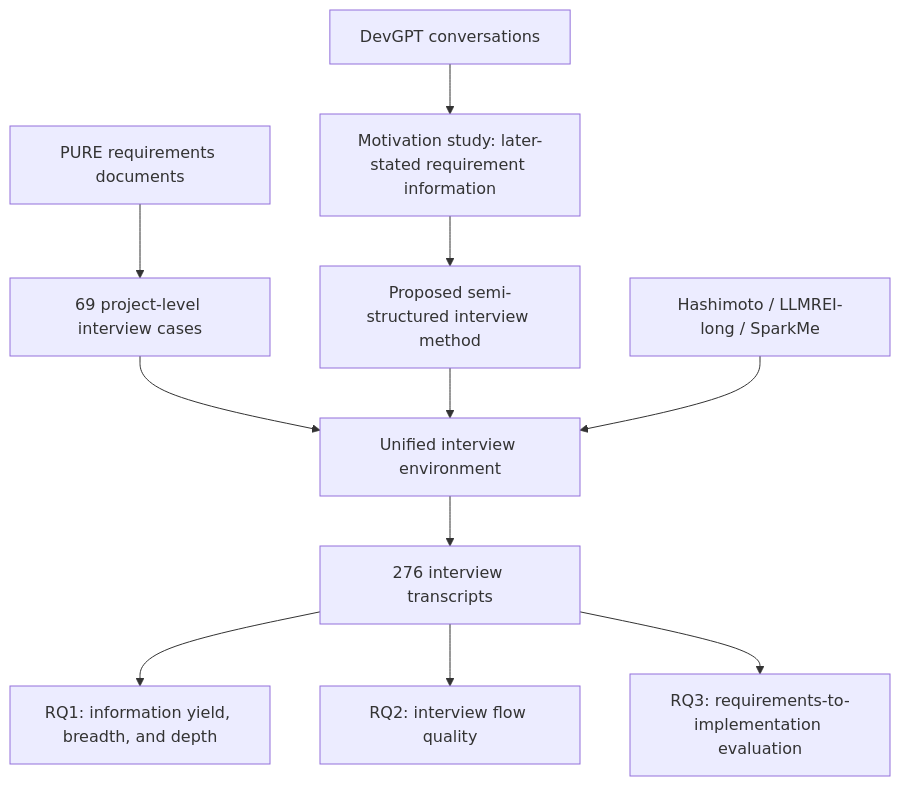
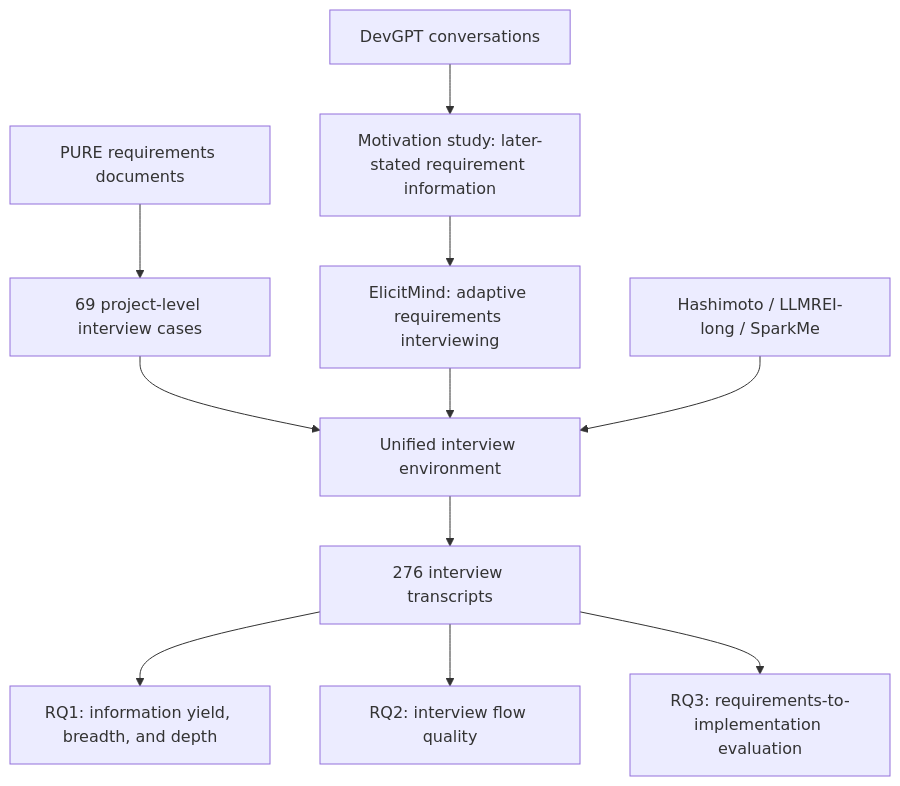
One commit to EchoAran/FSE changed the diagram in README.md. Above: the diagram before and after it, drawn with Mermaid. The commit also changed other lines of this file and 21223 other files, not shown here.

````diff
--- a/README.md
+++ b/README.md
@@ -9,13 +13,13 @@
 ```mermaid
 flowchart TD
     D[DevGPT conversations] --> M[Motivation study: later-stated requirement information]
-    M --> P[Proposed semi-structured interview method]
+    M --> P[ElicitMind: adaptive requirements interviewing]
     S[PURE requirements documents] --> C[69 project-level interview cases]
     C --> I[Unified interview environment]
     P --> I
     B[Hashimoto / LLMREI-long / SparkMe] --> I
     I --> T[276 interview transcripts]
     T --> R1[RQ1: information yield, breadth, and depth]
     T --> R2[RQ2: interview flow quality]
     T --> R3[RQ3: requirements-to-implementation evaluation]
 ```
````
